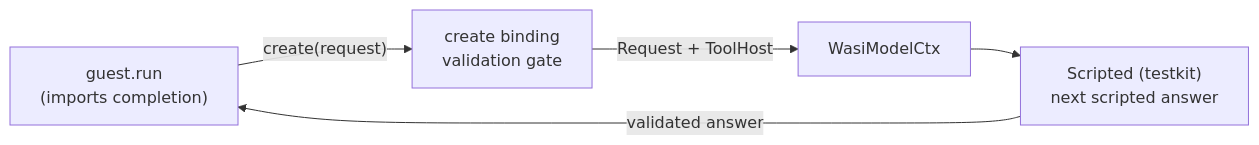
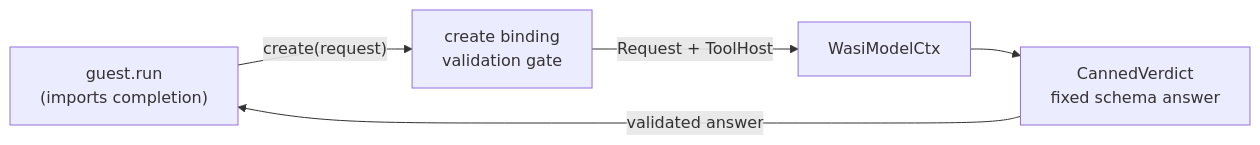
One commit to augentic/omnia changed the diagram in examples/model/README.md. Above: the diagram before and after it, drawn with Mermaid. The commit also changed other lines of this file and 89 other files, not shown here.

````diff
--- a/examples/model/README.md
+++ b/examples/model/README.md
@@ -11,7 +11,7 @@
 ```mermaid
 flowchart LR
   guest["guest.run<br/>(imports completion)"] -->|"create(request)"| bind["create binding<br/>validation gate"]
   bind -->|"Request + ToolHost"| ctx["WasiModelCtx"]
-  ctx --> scripted["Scripted (testkit)<br/>next scripted answer"]
-  scripted -->|"validated answer"| guest
+  ctx --> canned["CannedVerdict<br/>fixed schema answer"]
+  canned -->|"validated answer"| guest
 ```
````
